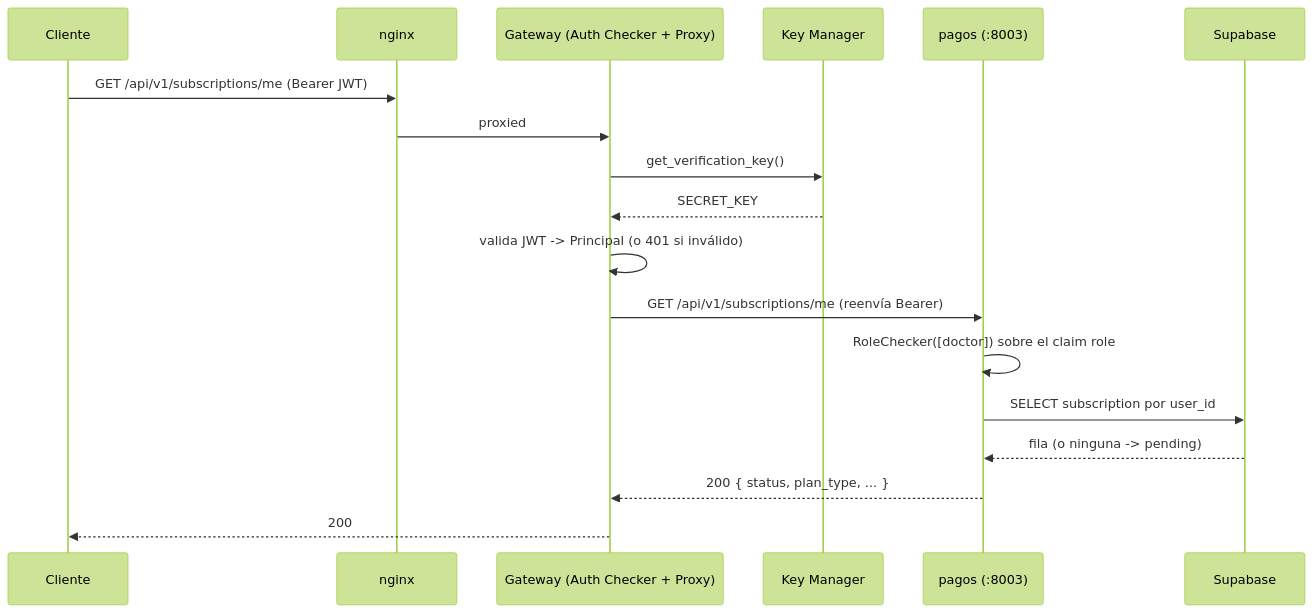
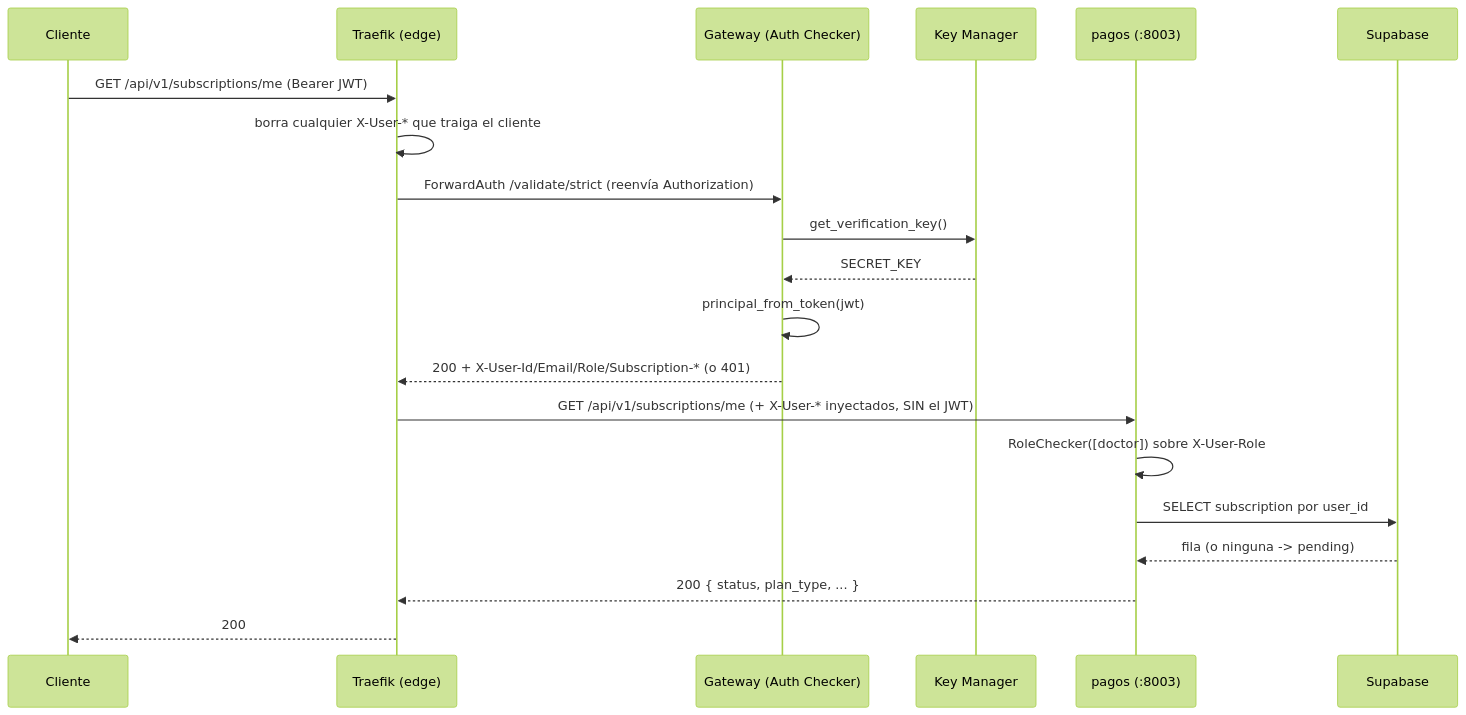
The fourth of 6 diagrams in docs/arquitectura-microservicios.md (mdz48/salud_prenatal_backend), drawn with Mermaid (forest theme) before and after one commit. The commit also changed other lines of this file and 25 other files, not shown here.

````diff
--- a/docs/arquitectura-microservicios.md
+++ b/docs/arquitectura-microservicios.md
@@ -265,21 +347,23 @@
 ```mermaid
 sequenceDiagram
     participant C as Cliente
-    participant N as nginx
-    participant G as Gateway (Auth Checker + Proxy)
+    participant T as Traefik (edge)
+    participant G as Gateway (Auth Checker)
     participant KM as Key Manager
     participant P as pagos (:8003)
     participant DB as Supabase
 
-    C->>N: GET /api/v1/subscriptions/me (Bearer JWT)
-    N->>G: proxied
+    C->>T: GET /api/v1/subscriptions/me (Bearer JWT)
+    T->>T: borra cualquier X-User-* que traiga el cliente
+    T->>G: ForwardAuth /validate/strict (reenvía Authorization)
     G->>KM: get_verification_key()
     KM-->>G: SECRET_KEY
-    G->>G: valida JWT -> Principal (o 401 si inválido)
-    G->>P: GET /api/v1/subscriptions/me (reenvía Bearer)
-    P->>P: RoleChecker([doctor]) sobre el claim role
+    G->>G: principal_from_token(jwt)
+    G-->>T: 200 + X-User-Id/Email/Role/Subscription-* (o 401)
+    T->>P: GET /api/v1/subscriptions/me (+ X-User-* inyectados, SIN el JWT)
+    P->>P: RoleChecker([doctor]) sobre X-User-Role
     P->>DB: SELECT subscription por user_id
     DB-->>P: fila (o ninguna -> pending)
-    P-->>G: 200 { status, plan_type, ... }
-    G-->>C: 200
+    P-->>T: 200 { status, plan_type, ... }
+    T-->>C: 200
 ```
````
